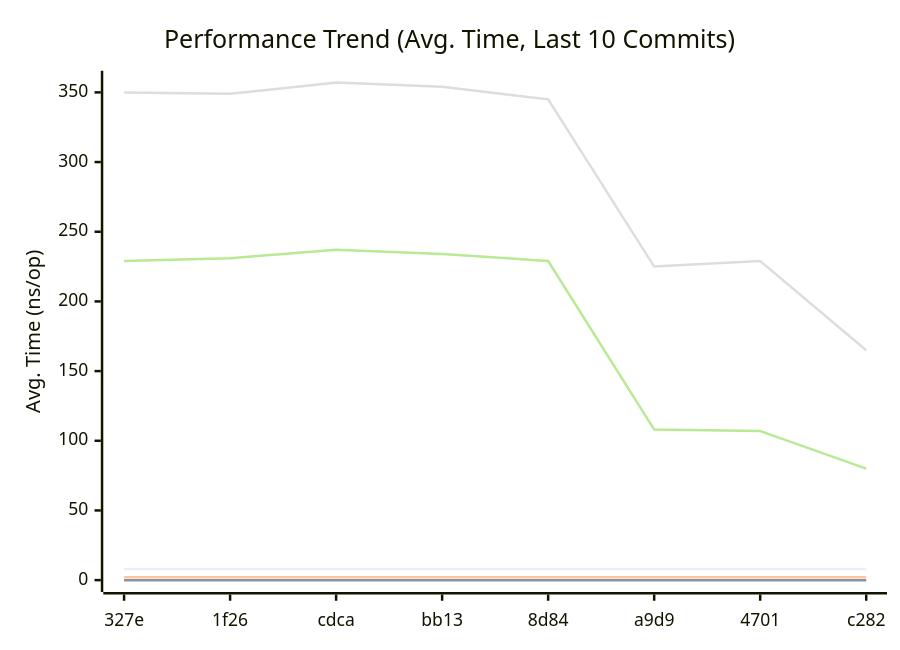
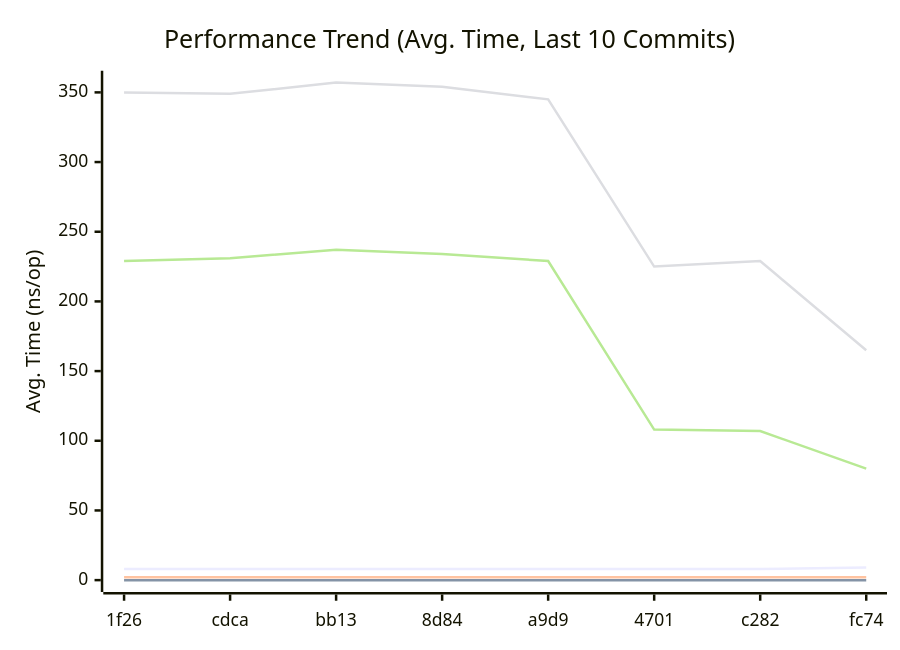
The first of 3 diagrams in doc/README.md (alsotoes/momo), drawn with Mermaid before and after one commit. The commit also changed other lines of this file and 1 other file, not shown here.

````diff
--- a/doc/README.md
+++ b/doc/README.md
@@ -296,12 +296,12 @@
 ```mermaid
 xychart-beta
     title "Performance Trend (Avg. Time, Last 10 Commits)"
     x-axis "Commit"
     y-axis "Avg. Time (ns/op)"
-    x-axis [327e,1f26,cdca,bb13,8d84,a9d9,4701,c282]
-    line "CheckMetricsAndSwap" [8,8,8,8,8,8,8,8,9,7]
+    x-axis [1f26,cdca,bb13,8d84,a9d9,4701,c282,fc74]
+    line "CheckMetricsAndSwap" [8,8,8,8,8,8,8,9,7,9]
     line "IndexDirectTracking" [0,0,0,0,0,0,0,0,0,0]
-    line "IndexSearch" [2,2,2,2,2,2,2,2,2,3]
-    line "ParseReplicationOrder_NoPrealloc" [350,349,357,354,345,225,229,165]
-    line "ParseReplicationOrder_Prealloc" [229,231,237,234,229,108,107,80]
+    line "IndexSearch" [2,2,2,2,2,2,2,2,3,3]
+    line "ParseReplicationOrder_NoPrealloc" [350,349,357,354,345,225,229,165,232]
+    line "ParseReplicationOrder_Prealloc" [229,231,237,234,229,108,107,80,110]
 ```
````
